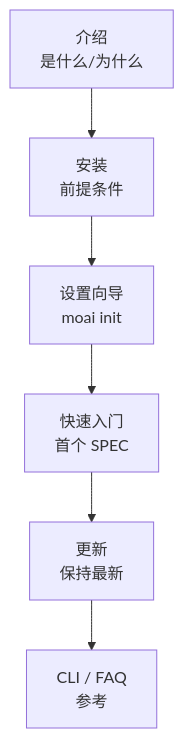
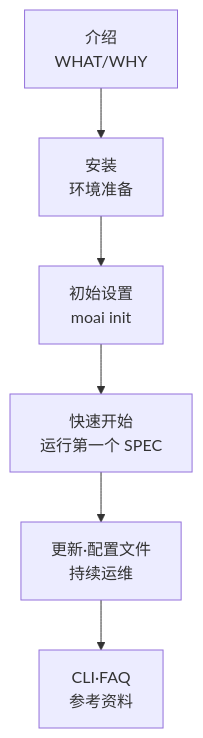
One commit to modu-ai/moai-adk changed the diagram in docs-site/content/zh/getting-started/_index.md. Above: the diagram before and after it, drawn with Mermaid. The commit also changed other lines of this file and 395 other files, not shown here.

````diff
--- a/docs-site/content/zh/getting-started/_index.md
+++ b/docs-site/content/zh/getting-started/_index.md
@@ -16,8 +16,8 @@
 ```mermaid
 flowchart TD
-    A["介绍<br>是什么/为什么"] --> B["安装<br>前提条件"]
-    B --> C["设置向导<br>moai init"]
-    C --> D["快速入门<br>首个 SPEC"]
-    D --> E["更新<br>保持最新"]
-    E --> F["CLI / FAQ<br>参考"]
+    A["介绍<br>WHAT/WHY"] --> B["安装<br>环境准备"]
+    B --> C["初始设置<br>moai init"]
+    C --> D["快速开始<br>运行第一个 SPEC"]
+    D --> E["更新·配置文件<br>持续运维"]
+    E --> F["CLI·FAQ<br>参考资料"]
 ```
````
